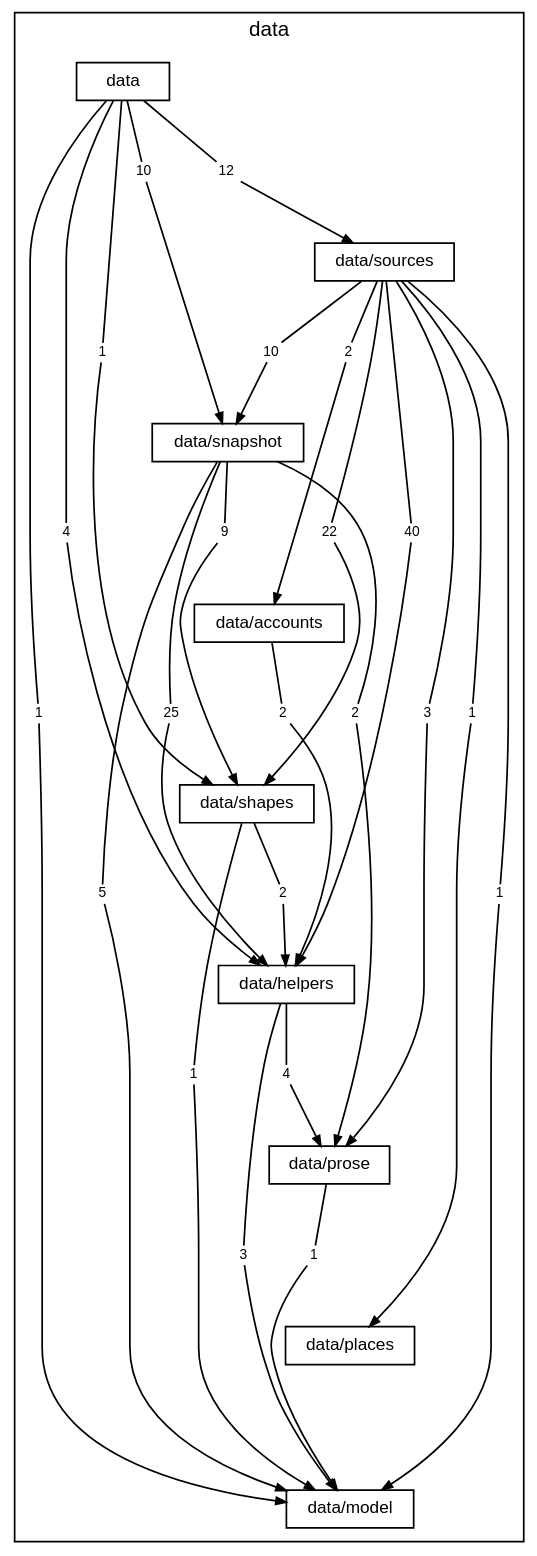
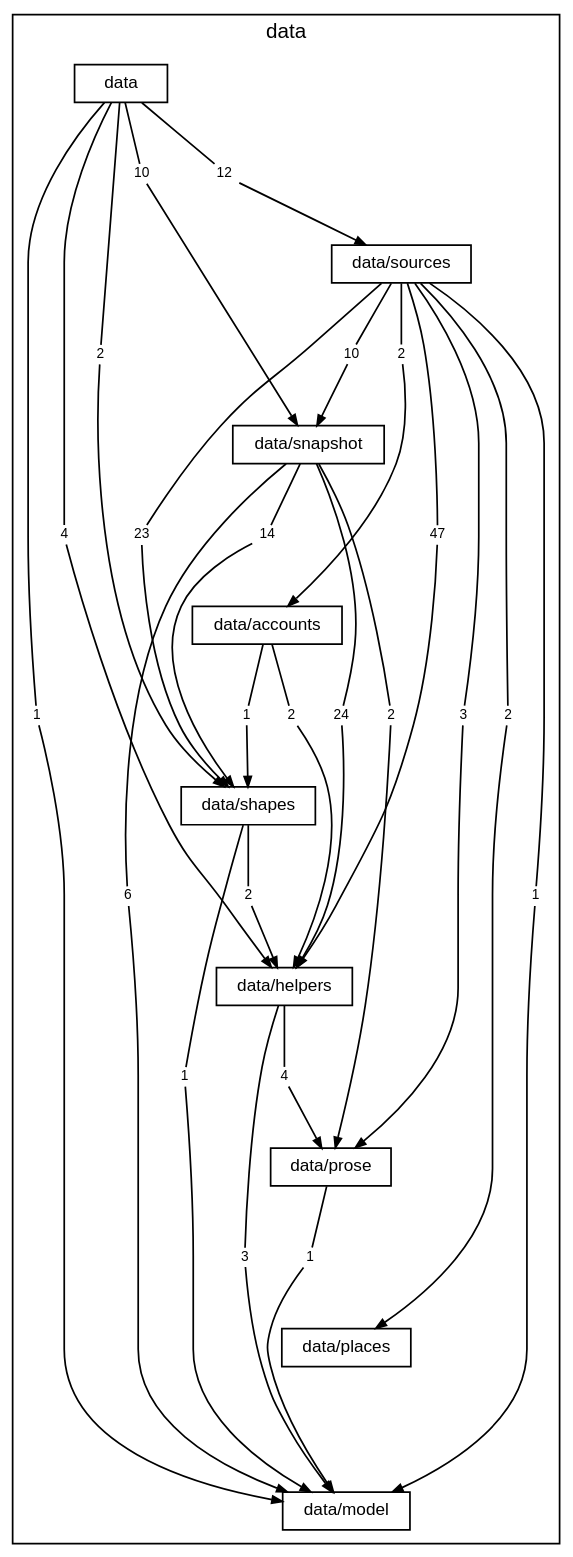
One commit to TheAxeC/oculus changed the diagram in docs/diagrams/layer-data.dot. Above: the diagram before and after it, drawn with Graphviz. The commit also changed 471 other files, not shown here.

```diff
--- a/docs/diagrams/layer-data.dot
+++ b/docs/diagrams/layer-data.dot
@@ -1,91 +1,94 @@
 digraph layer_data {
     graph [bgcolor="transparent", rankdir=TB, newrank=true, mclimit=4, fontname="Helvetica", fontsize=12, nodesep=0.2, ranksep=0.5];
     node [shape=box, color="black", fontcolor="black", fontname="Helvetica", fontsize=10, height=0.3, margin="0.12,0.04"];
     edge [color="black", fontcolor="black", fontname="Helvetica", fontsize=8, arrowsize=0.6];
     subgraph "cluster_data" {
         label="data"; style=solid;
         "folder data" [label="data"];
         "folder data/sources" [label="data/sources"];
         "folder data/snapshot" [label="data/snapshot"];
         "folder data/accounts" [label="data/accounts"];
         "folder data/shapes" [label="data/shapes"];
         "folder data/helpers" [label="data/helpers"];
         "folder data/prose" [label="data/prose"];
         "folder data/places" [label="data/places"];
         "folder data/model" [label="data/model"];
         "folder data to folder data/helpers" [label="4", shape=box, color="transparent", fontsize=8, width=0, height=0, margin="0.04,0.02"];
         "folder data to folder data/model" [label="1", shape=box, color="transparent", fontsize=8, width=0, height=0, margin="0.04,0.02"];
-        "folder data to folder data/shapes" [label="1", shape=box, color="transparent", fontsize=8, width=0, height=0, margin="0.04,0.02"];
+        "folder data to folder data/shapes" [label="2", shape=box, color="transparent", fontsize=8, width=0, height=0, margin="0.04,0.02"];
         "folder data to folder data/snapshot" [label="10", shape=box, color="transparent", fontsize=8, width=0, height=0, margin="0.04,0.02"];
         "folder data to folder data/sources" [label="12", shape=box, color="transparent", fontsize=8, width=0, height=0, margin="0.04,0.02"];
         "folder data/sources to folder data/accounts" [label="2", shape=box, color="transparent", fontsize=8, width=0, height=0, margin="0.04,0.02"];
-        "folder data/sources to folder data/helpers" [label="40", shape=box, color="transparent", fontsize=8, width=0, height=0, margin="0.04,0.02"];
+        "folder data/sources to folder data/helpers" [label="47", shape=box, color="transparent", fontsize=8, width=0, height=0, margin="0.04,0.02"];
         "folder data/sources to folder data/model" [label="1", shape=box, color="transparent", fontsize=8, width=0, height=0, margin="0.04,0.02"];
-        "folder data/sources to folder data/places" [label="1", shape=box, color="transparent", fontsize=8, width=0, height=0, margin="0.04,0.02"];
+        "folder data/sources to folder data/places" [label="2", shape=box, color="transparent", fontsize=8, width=0, height=0, margin="0.04,0.02"];
         "folder data/sources to folder data/prose" [label="3", shape=box, color="transparent", fontsize=8, width=0, height=0, margin="0.04,0.02"];
-        "folder data/sources to folder data/shapes" [label="22", shape=box, color="transparent", fontsize=8, width=0, height=0, margin="0.04,0.02"];
+        "folder data/sources to folder data/shapes" [label="23", shape=box, color="transparent", fontsize=8, width=0, height=0, margin="0.04,0.02"];
         "folder data/sources to folder data/snapshot" [label="10", shape=box, color="transparent", fontsize=8, width=0, height=0, margin="0.04,0.02"];
-        "folder data/snapshot to folder data/helpers" [label="25", shape=box, color="transparent", fontsize=8, width=0, height=0, margin="0.04,0.02"];
-        "folder data/snapshot to folder data/model" [label="5", shape=box, color="transparent", fontsize=8, width=0, height=0, margin="0.04,0.02"];
+        "folder data/snapshot to folder data/helpers" [label="24", shape=box, color="transparent", fontsize=8, width=0, height=0, margin="0.04,0.02"];
+        "folder data/snapshot to folder data/model" [label="6", shape=box, color="transparent", fontsize=8, width=0, height=0, margin="0.04,0.02"];
         "folder data/snapshot to folder data/prose" [label="2", shape=box, color="transparent", fontsize=8, width=0, height=0, margin="0.04,0.02"];
-        "folder data/snapshot to folder data/shapes" [label="9", shape=box, color="transparent", fontsize=8, width=0, height=0, margin="0.04,0.02"];
+        "folder data/snapshot to folder data/shapes" [label="14", shape=box, color="transparent", fontsize=8, width=0, height=0, margin="0.04,0.02"];
         "folder data/accounts to folder data/helpers" [label="2", shape=box, color="transparent", fontsize=8, width=0, height=0, margin="0.04,0.02"];
+        "folder data/accounts to folder data/shapes" [label="1", shape=box, color="transparent", fontsize=8, width=0, height=0, margin="0.04,0.02"];
         "folder data/shapes to folder data/helpers" [label="2", shape=box, color="transparent", fontsize=8, width=0, height=0, margin="0.04,0.02"];
         "folder data/shapes to folder data/model" [label="1", shape=box, color="transparent", fontsize=8, width=0, height=0, margin="0.04,0.02"];
         "folder data/helpers to folder data/model" [label="3", shape=box, color="transparent", fontsize=8, width=0, height=0, margin="0.04,0.02"];
         "folder data/helpers to folder data/prose" [label="4", shape=box, color="transparent", fontsize=8, width=0, height=0, margin="0.04,0.02"];
         "folder data/prose to folder data/model" [label="1", shape=box, color="transparent", fontsize=8, width=0, height=0, margin="0.04,0.02"];
     }
     "folder data" -> "folder data/sources" [style=invis, weight=10, minlen=2];
     "folder data/sources" -> "folder data/snapshot" [style=invis, weight=10, minlen=2];
     "folder data/snapshot" -> "folder data/accounts" [style=invis, weight=10, minlen=2];
     "folder data/accounts" -> "folder data/shapes" [style=invis, weight=10, minlen=2];
     "folder data/shapes" -> "folder data/helpers" [style=invis, weight=10, minlen=2];
     "folder data/helpers" -> "folder data/prose" [style=invis, weight=10, minlen=2];
     "folder data/prose" -> "folder data/places" [style=invis, weight=10, minlen=2];
     "folder data/places" -> "folder data/model" [style=invis, weight=10, minlen=2];
     "folder data" -> "folder data to folder data/helpers" [arrowhead=none, minlen=5, weight=10];
     "folder data to folder data/helpers" -> "folder data/helpers" [];
     "folder data" -> "folder data to folder data/model" [arrowhead=none, minlen=7, weight=10];
     "folder data to folder data/model" -> "folder data/model" [];
     "folder data" -> "folder data to folder data/shapes" [arrowhead=none, minlen=3, weight=10];
     "folder data to folder data/shapes" -> "folder data/shapes" [];
     "folder data" -> "folder data to folder data/snapshot" [arrowhead=none, minlen=1, weight=10];
     "folder data to folder data/snapshot" -> "folder data/snapshot" [];
     "folder data" -> "folder data to folder data/sources" [arrowhead=none, minlen=1, weight=10];
     "folder data to folder data/sources" -> "folder data/sources" [];
     "folder data/sources" -> "folder data/sources to folder data/accounts" [arrowhead=none, minlen=1, weight=10];
     "folder data/sources to folder data/accounts" -> "folder data/accounts" [];
     "folder data/sources" -> "folder data/sources to folder data/helpers" [arrowhead=none, minlen=3, weight=10];
     "folder data/sources to folder data/helpers" -> "folder data/helpers" [];
     "folder data/sources" -> "folder data/sources to folder data/model" [arrowhead=none, minlen=7, weight=10];
     "folder data/sources to folder data/model" -> "folder data/model" [];
     "folder data/sources" -> "folder data/sources to folder data/places" [arrowhead=none, minlen=5, weight=10];
     "folder data/sources to folder data/places" -> "folder data/places" [];
     "folder data/sources" -> "folder data/sources to folder data/prose" [arrowhead=none, minlen=5, weight=10];
     "folder data/sources to folder data/prose" -> "folder data/prose" [];
     "folder data/sources" -> "folder data/sources to folder data/shapes" [arrowhead=none, minlen=3, weight=10];
     "folder data/sources to folder data/shapes" -> "folder data/shapes" [];
     "folder data/sources" -> "folder data/sources to folder data/snapshot" [arrowhead=none, minlen=1, weight=10];
     "folder data/sources to folder data/snapshot" -> "folder data/snapshot" [];
     "folder data/snapshot" -> "folder data/snapshot to folder data/helpers" [arrowhead=none, minlen=3, weight=10];
     "folder data/snapshot to folder data/helpers" -> "folder data/helpers" [];
     "folder data/snapshot" -> "folder data/snapshot to folder data/model" [arrowhead=none, minlen=5, weight=10];
     "folder data/snapshot to folder data/model" -> "folder data/model" [];
     "folder data/snapshot" -> "folder data/snapshot to folder data/prose" [arrowhead=none, minlen=3, weight=10];
     "folder data/snapshot to folder data/prose" -> "folder data/prose" [];
     "folder data/snapshot" -> "folder data/snapshot to folder data/shapes" [arrowhead=none, minlen=1, weight=10];
     "folder data/snapshot to folder data/shapes" -> "folder data/shapes" [];
     "folder data/accounts" -> "folder data/accounts to folder data/helpers" [arrowhead=none, minlen=1, weight=10];
     "folder data/accounts to folder data/helpers" -> "folder data/helpers" [];
+    "folder data/accounts" -> "folder data/accounts to folder data/shapes" [arrowhead=none, minlen=1, weight=10];
+    "folder data/accounts to folder data/shapes" -> "folder data/shapes" [];
     "folder data/shapes" -> "folder data/shapes to folder data/helpers" [arrowhead=none, minlen=1, weight=10];
     "folder data/shapes to folder data/helpers" -> "folder data/helpers" [];
     "folder data/shapes" -> "folder data/shapes to folder data/model" [arrowhead=none, minlen=3, weight=10];
     "folder data/shapes to folder data/model" -> "folder data/model" [];
     "folder data/helpers" -> "folder data/helpers to folder data/model" [arrowhead=none, minlen=3, weight=10];
     "folder data/helpers to folder data/model" -> "folder data/model" [];
     "folder data/helpers" -> "folder data/helpers to folder data/prose" [arrowhead=none, minlen=1, weight=10];
     "folder data/helpers to folder data/prose" -> "folder data/prose" [];
     "folder data/prose" -> "folder data/prose to folder data/model" [arrowhead=none, minlen=1, weight=10];
     "folder data/prose to folder data/model" -> "folder data/model" [];
 }
```
